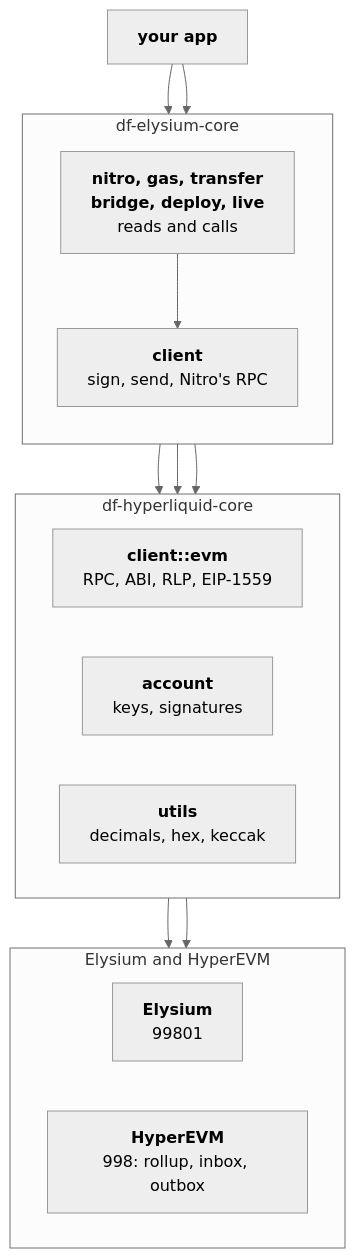
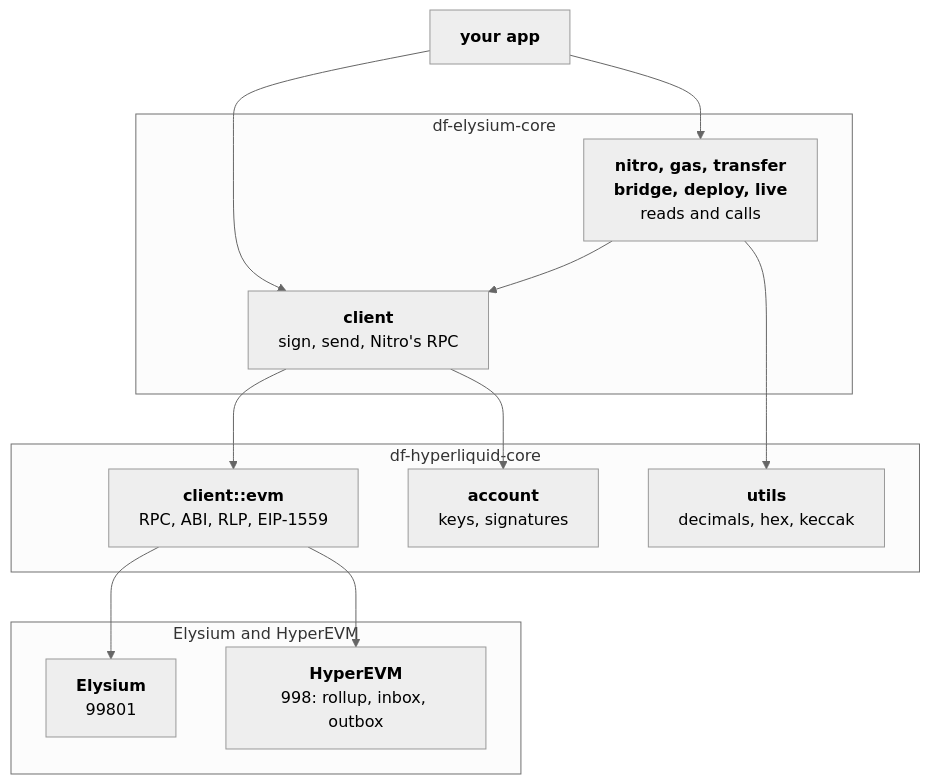
One commit to dennisfurrer/df-elysium-core changed the diagram in README.md. Above: the diagram before and after it, drawn with Mermaid (neutral theme).

Commit message:
docs: chart for older mermaid

````diff
--- a/README.md
+++ b/README.md
@@ -46,32 +46,29 @@
 ```mermaid
-flowchart TB
+graph TB
     app["<b>your app</b>"]
 
     subgraph sdk ["df-elysium-core"]
-        direction TB
         domains["<b>nitro, gas, transfer</b><br/><b>bridge, deploy, live</b><br/>reads and calls"]
         client["<b>client</b><br/>sign, send, Nitro's RPC"]
     end
 
     subgraph hl ["df-hyperliquid-core"]
-        direction LR
         evm["<b>client::evm</b><br/>RPC, ABI, RLP, EIP-1559"]
         keys["<b>account</b><br/>keys, signatures"]
         utils["<b>utils</b><br/>decimals, hex, keccak"]
     end
 
     subgraph chains ["Elysium and HyperEVM"]
-        direction LR
         elysium["<b>Elysium</b><br/>99801"]
         hyperevm["<b>HyperEVM</b><br/>998: rollup, inbox, outbox"]
     end
 
     app --> domains
     app --> client
     domains --> client
     client --> evm
     client --> keys
     domains --> utils
     evm --> elysium
     evm --> hyperevm
 ```
````
